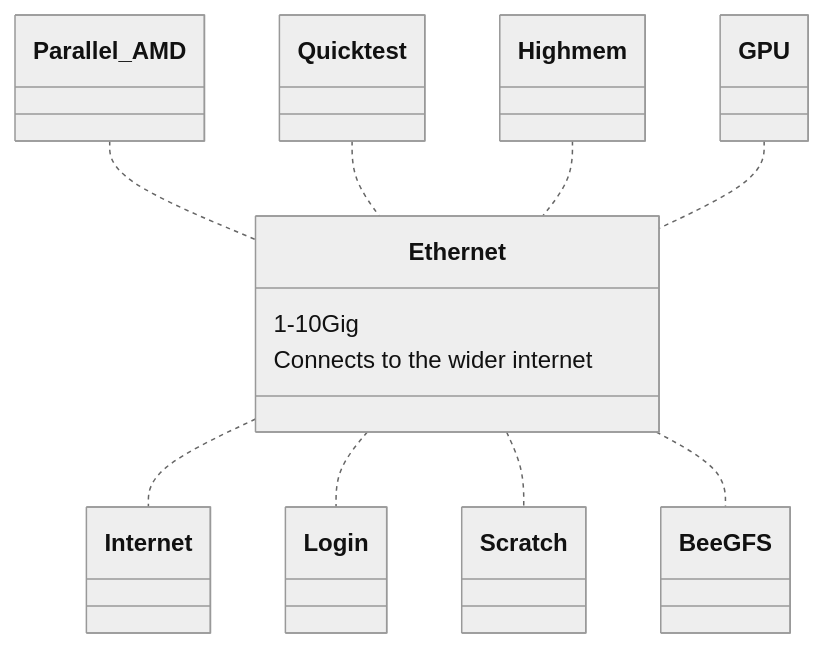
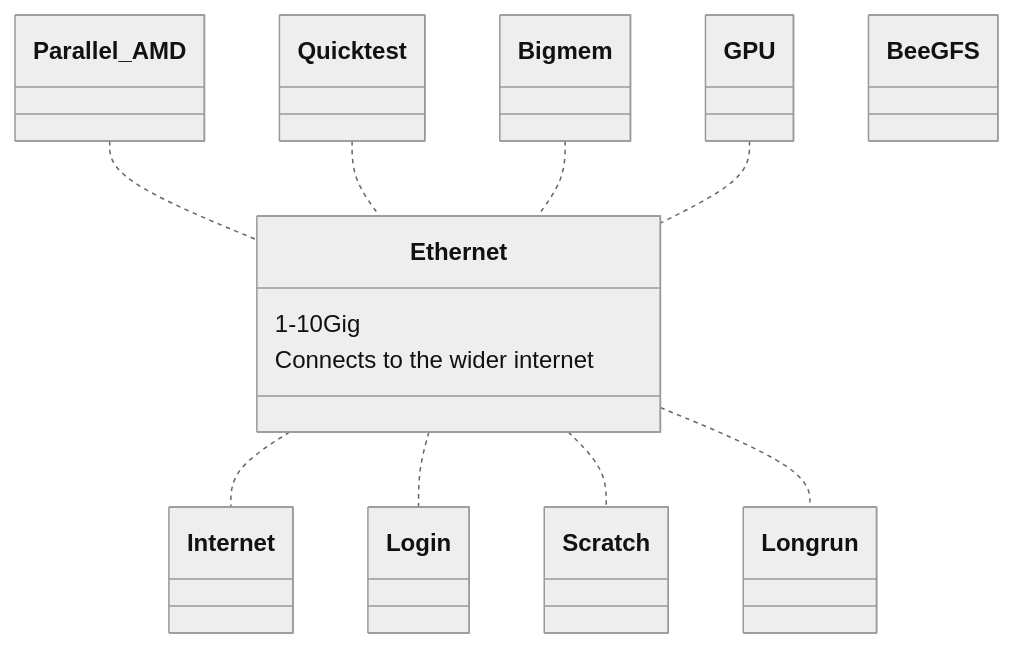
One commit to vuw-research-computing/raapoi-docs changed the second of 3 diagrams in docs/hpclayout.md. Above: the diagram before and after it, drawn with Mermaid (neutral theme). The commit also changed other lines of this file and 2 other files, not shown here.

````diff
--- a/docs/hpclayout.md
+++ b/docs/hpclayout.md
@@ -148,30 +149,30 @@
 ```mermaid
 classDiagram
     Parallel_AMD .. Ethernet
     Quicktest .. Ethernet
-    Highmem .. Ethernet
+    Bigmem .. Ethernet
     GPU .. Ethernet
     Ethernet .. Internet
     Ethernet .. Login
     Ethernet .. Scratch
-    Ethernet .. BeeGFS
+    Ethernet .. Longrun
     
     class Ethernet{
         1-10Gig
         Connects to the wider internet
     }
         class Scratch {
     }
     class BeeGFS {
     }
     class Login {
     }
     class Parallel_AMD {
     }
     class Quicktest{
     }
-    class Highmem{
+    class Bigmem{
     }
     class GPU{ 
     }
 ```
````
